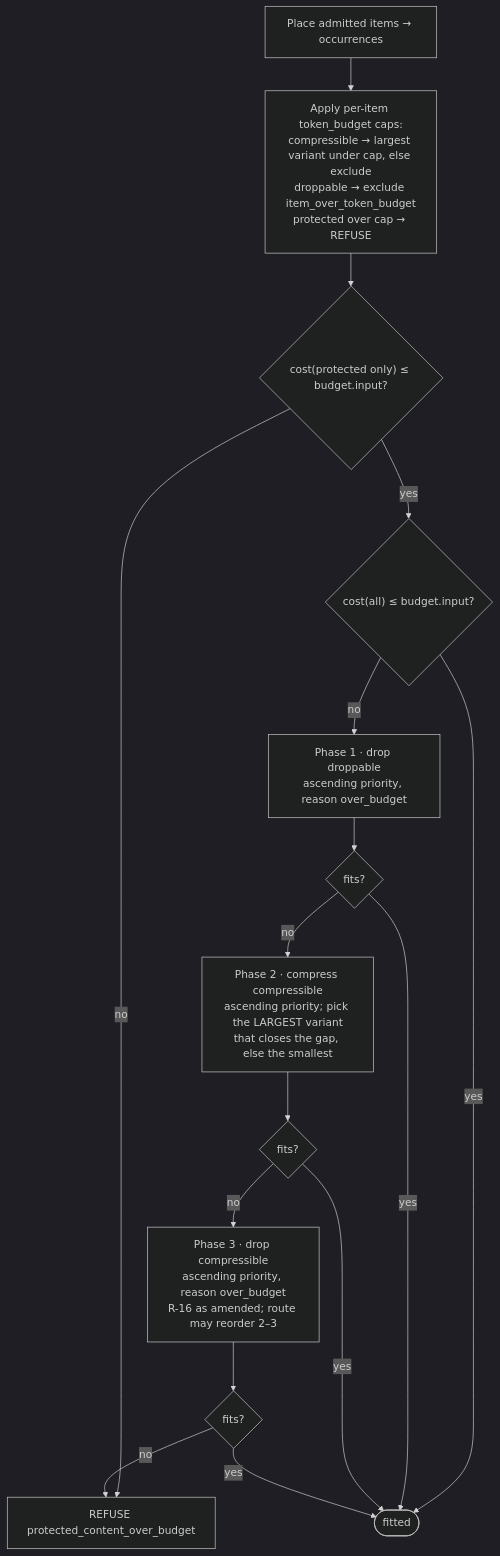
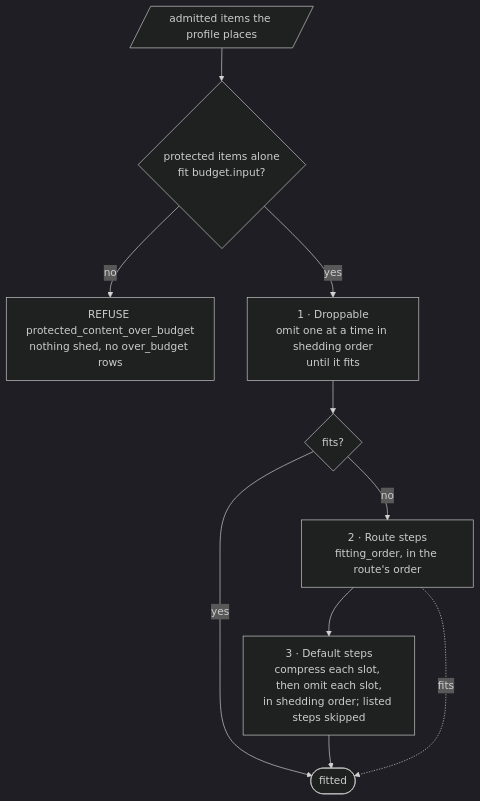
The seventh of 10 diagrams in docs/DESIGN.md (contextwindowarchitecture/assembler-python), drawn with Mermaid (dark theme) before and after one commit. The commit also changed other lines of this file and 4 other files, not shown here.

First line of the commit message:
feat(fitting): run the route's fitting order before the default steps

````diff
--- a/docs/DESIGN.md
+++ b/docs/DESIGN.md
@@ -389,18 +389,12 @@
 ```mermaid
 flowchart TD
-  A["Place admitted items → occurrences"] --> B["Apply per-item token_budget caps:<br/>compressible → largest variant under cap, else exclude<br/>droppable → exclude item_over_token_budget<br/>protected over cap → REFUSE"]
-  B --> C{"cost(protected only) ≤ budget.input?"}
-  C -- no --> R1["REFUSE protected_content_over_budget"]
-  C -- yes --> D{"cost(all) ≤ budget.input?"}
-  D -- yes --> OK([fitted])
-  D -- no --> P1["Phase 1 · drop droppable<br/>ascending priority, reason over_budget"]
-  P1 --> D1{fits?}
-  D1 -- yes --> OK
-  D1 -- no --> P2["Phase 2 · compress compressible<br/>ascending priority; pick the LARGEST variant<br/>that closes the gap, else the smallest"]
-  P2 --> D2{fits?}
-  D2 -- yes --> OK
-  D2 -- no --> P3["Phase 3 · drop compressible<br/>ascending priority, reason over_budget<br/>R-16 as amended; route may reorder 2–3"]
-  P3 --> D3{fits?}
-  D3 -- yes --> OK
-  D3 -- no --> R1
+  A[/"admitted items the profile places"/] --> P{"protected items alone<br/>fit budget.input?"}
+  P -- no --> R1["REFUSE protected_content_over_budget<br/>nothing shed, no over_budget rows"]
+  P -- yes --> D["1 · Droppable<br/>omit one at a time in shedding order<br/>until it fits"]
+  D --> F1{fits?}
+  F1 -- yes --> OK([fitted])
+  F1 -- no --> S["2 · Route steps<br/>fitting_order, in the route's order"]
+  S --> C["3 · Default steps<br/>compress each slot, then omit each slot,<br/>in shedding order; listed steps skipped"]
+  C --> OK
+  S -. "fits" .-> OK
 ```
````
